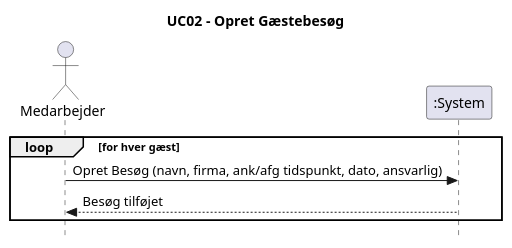
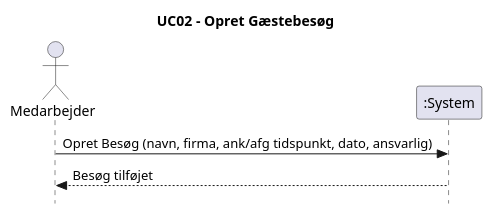
Before and after one commit to Zoabz/Hydac: the diagram in 4. System Sekvens Diagram/Aktiv_UC02 opretGæstBesøg.puml, drawn with PlantUML. The commit also changed other lines of this file, not shown here.

Commit message:
SSD 02 opdateret

```diff
--- a/4. System Sekvens Diagram/Aktiv_UC02 opretGæstBesøg.puml
+++ b/4. System Sekvens Diagram/Aktiv_UC02 opretGæstBesøg.puml
@@ -1,12 +1,10 @@
 @startuml
 skinparam style strictuml
 title UC02 - Opret Gæstebesøg
 
 actor Medarbejder
 participant ":System" as System
 
-loop for hver gæst
   Medarbejder -> System : Opret Besøg (navn, firma, ank/afg tidspunkt, dato, ansvarlig)
   System --> Medarbejder : Besøg tilføjet
-end
 @enduml
```
